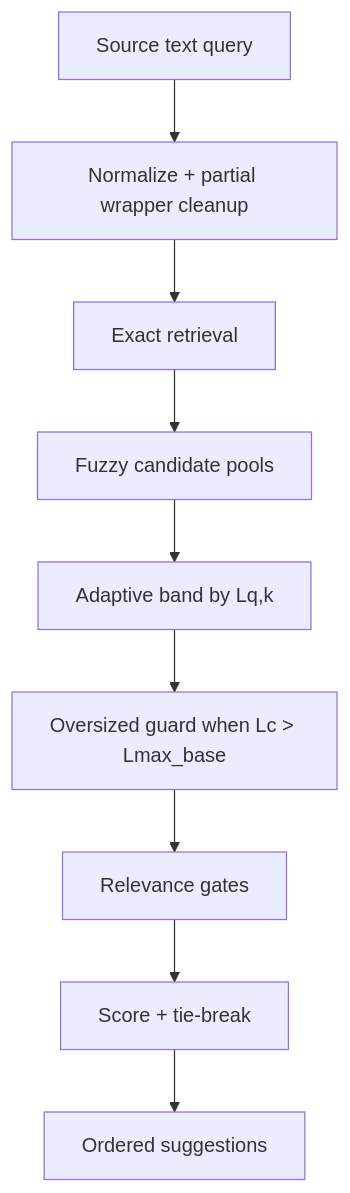
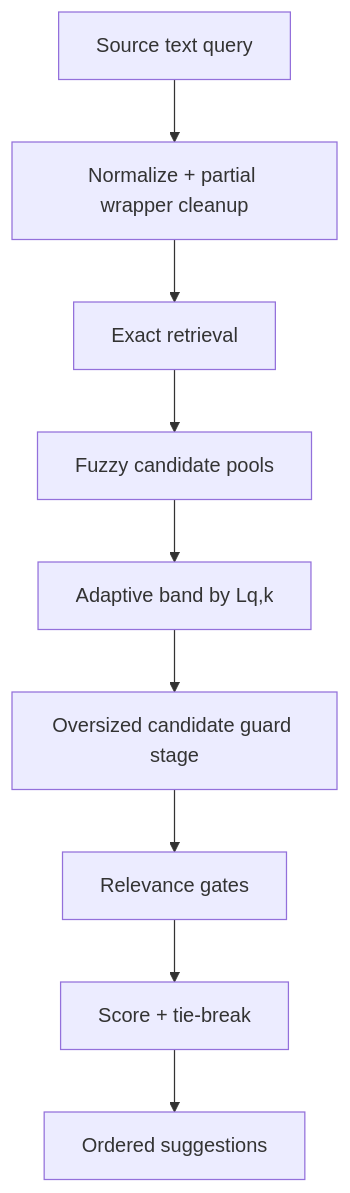
The tenth of 13 diagrams in docs/architecture/diagrams.md (PlagaMedicum/TranslationZed-py), drawn with Mermaid before and after one commit. The commit also changed other lines of this file and 13 other files, not shown here.

Commit message:
docs(diagrams): add browser-rendered UML/Mermaid assets and architecture pages

````diff
--- a/docs/architecture/diagrams.md
+++ b/docs/architecture/diagrams.md
@@ -131,11 +131,11 @@
 ```mermaid
 flowchart TB
   Q[Source text query] --> N[Normalize + partial wrapper cleanup]
   N --> E[Exact retrieval]
   E --> F[Fuzzy candidate pools]
   F --> B[Adaptive band by Lq,k]
-  B --> OG[Oversized guard when Lc > Lmax_base]
+  B --> OG[Oversized candidate guard stage]
   OG --> G[Relevance gates]
   G --> S[Score + tie-break]
   S --> O[Ordered suggestions]
 ```
````
